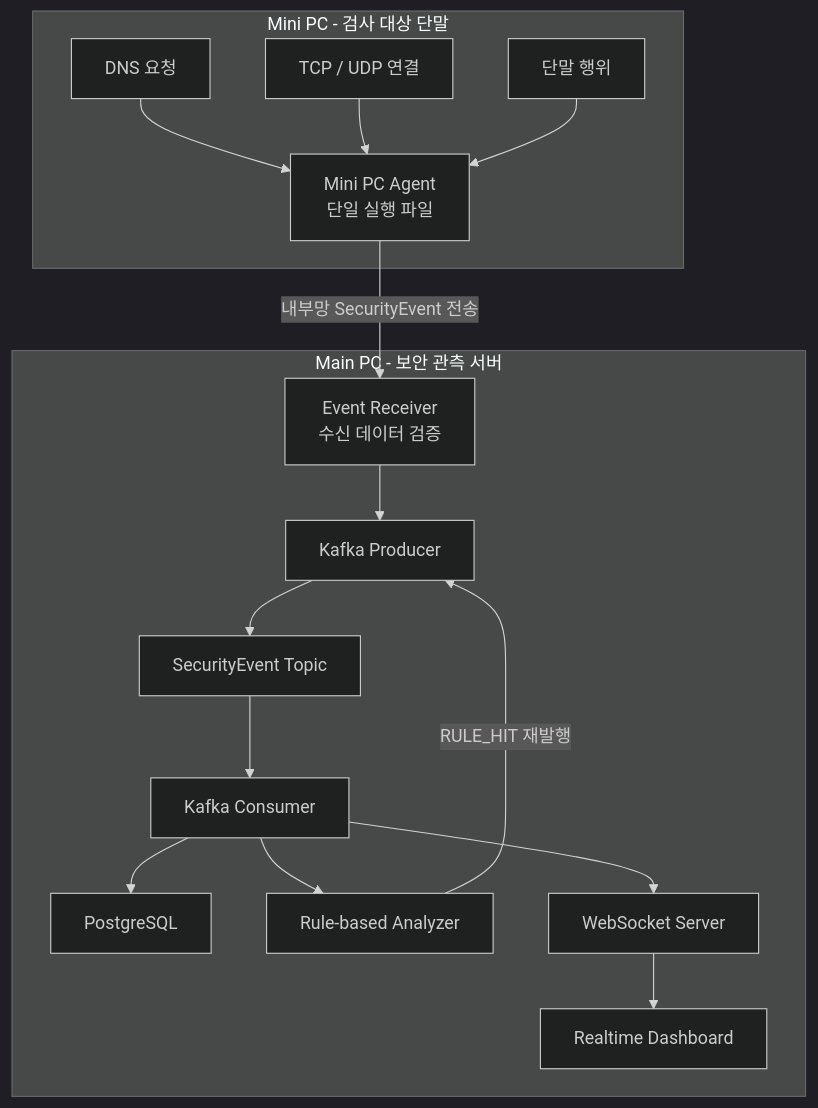
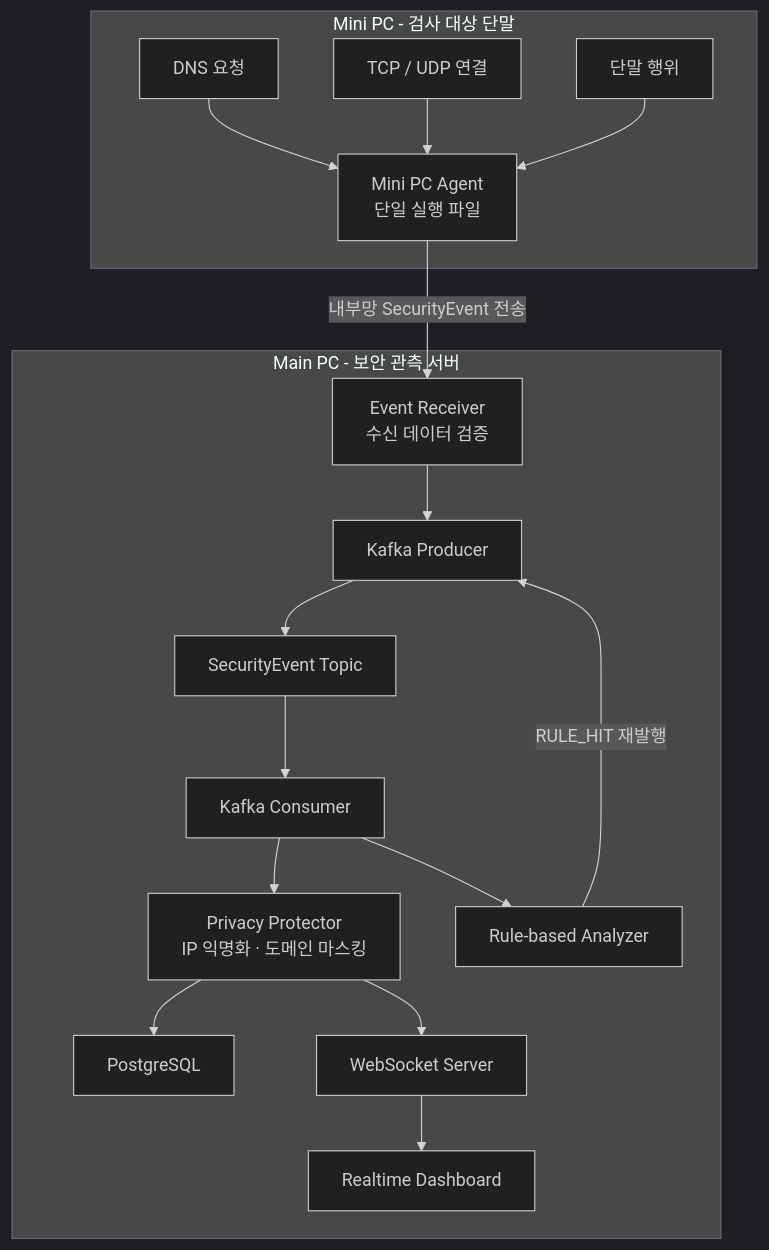
Before and after one commit to seoheejung/officeguard-lab: the diagram in README.md, drawn with Mermaid (dark theme). The commit also changed other lines of this file and 9 other files, not shown here.

````diff
--- a/README.md
+++ b/README.md
@@ -68,36 +68,38 @@
 ```mermaid
 flowchart TD
     subgraph MiniPC["Mini PC - 검사 대상 단말"]
         DNS["DNS 요청"]
         Flow["TCP / UDP 연결"]
         Endpoint["단말 행위"]
         Agent["Mini PC Agent<br/>단일 실행 파일"]
 
         DNS --> Agent
         Flow --> Agent
         Endpoint --> Agent
     end
 
     subgraph MainPC["Main PC - 보안 관측 서버"]
         Receiver["Event Receiver<br/>수신 데이터 검증"]
         Producer["Kafka Producer"]
         Topic["SecurityEvent Topic"]
         Consumer["Kafka Consumer"]
+        Privacy["Privacy Protector<br/>IP 익명화 · 도메인 마스킹"]
         Storage["PostgreSQL"]
         Analyzer["Rule-based Analyzer"]
         WebSocket["WebSocket Server"]
         Dashboard["Realtime Dashboard"]
     end
 
     Agent -->|"내부망 SecurityEvent 전송"| Receiver
     Receiver --> Producer
     Producer --> Topic
     Topic --> Consumer
 
-    Consumer --> Storage
+    Consumer --> Privacy
+    Privacy --> Storage
+    Privacy --> WebSocket
+
     Consumer --> Analyzer
-    Consumer --> WebSocket
-
     Analyzer -->|"RULE_HIT 재발행"| Producer
     WebSocket --> Dashboard
 ```
````
